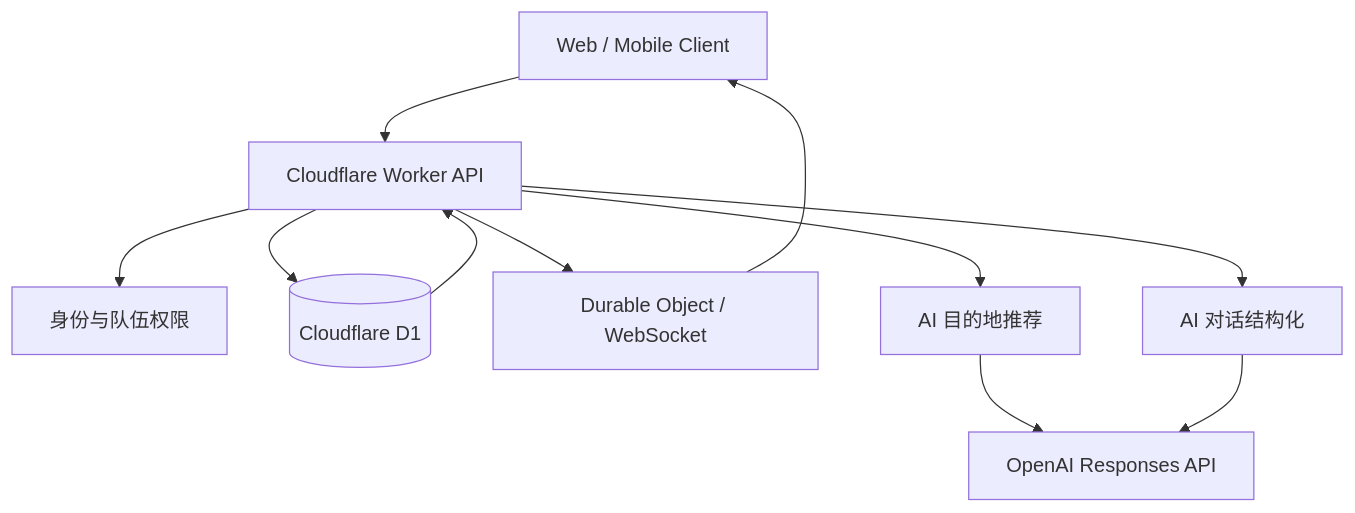
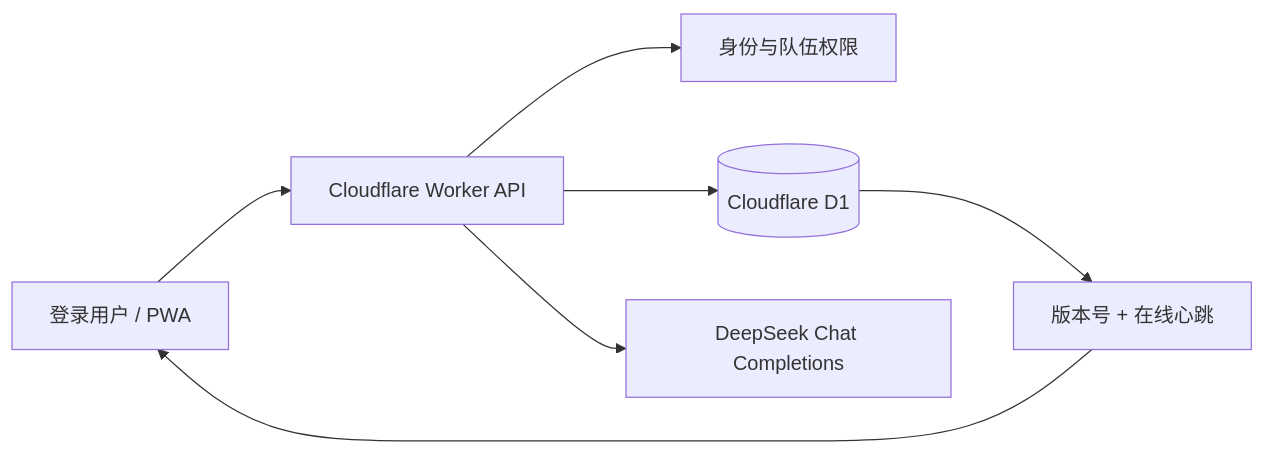
One commit to candy-zy/daiqi-ai-packlist changed the diagram in docs/AI_AND_BACKEND_DESIGN.md. Above: the diagram before and after it, drawn with Mermaid. The commit also changed other lines of this file and 22 other files, not shown here.

````diff
--- a/docs/AI_AND_BACKEND_DESIGN.md
+++ b/docs/AI_AND_BACKEND_DESIGN.md
@@ -27,13 +22,9 @@
 ```mermaid
-flowchart TB
-  C[Web / Mobile Client] --> API[Cloudflare Worker API]
+flowchart LR
+  U[登录用户 / PWA] --> API[Cloudflare Worker API]
   API --> AUTH[身份与队伍权限]
   API --> D1[(Cloudflare D1)]
-  API --> RT[Durable Object / WebSocket]
-  API --> AI1[AI 目的地推荐]
-  API --> AI2[AI 对话结构化]
-  AI1 --> OAI[OpenAI Responses API]
-  AI2 --> OAI
-  RT --> C
-  D1 --> API
+  API --> DS[DeepSeek Chat Completions]
+  D1 --> POLL[版本号 + 在线心跳]
+  POLL --> U
 ```
````
